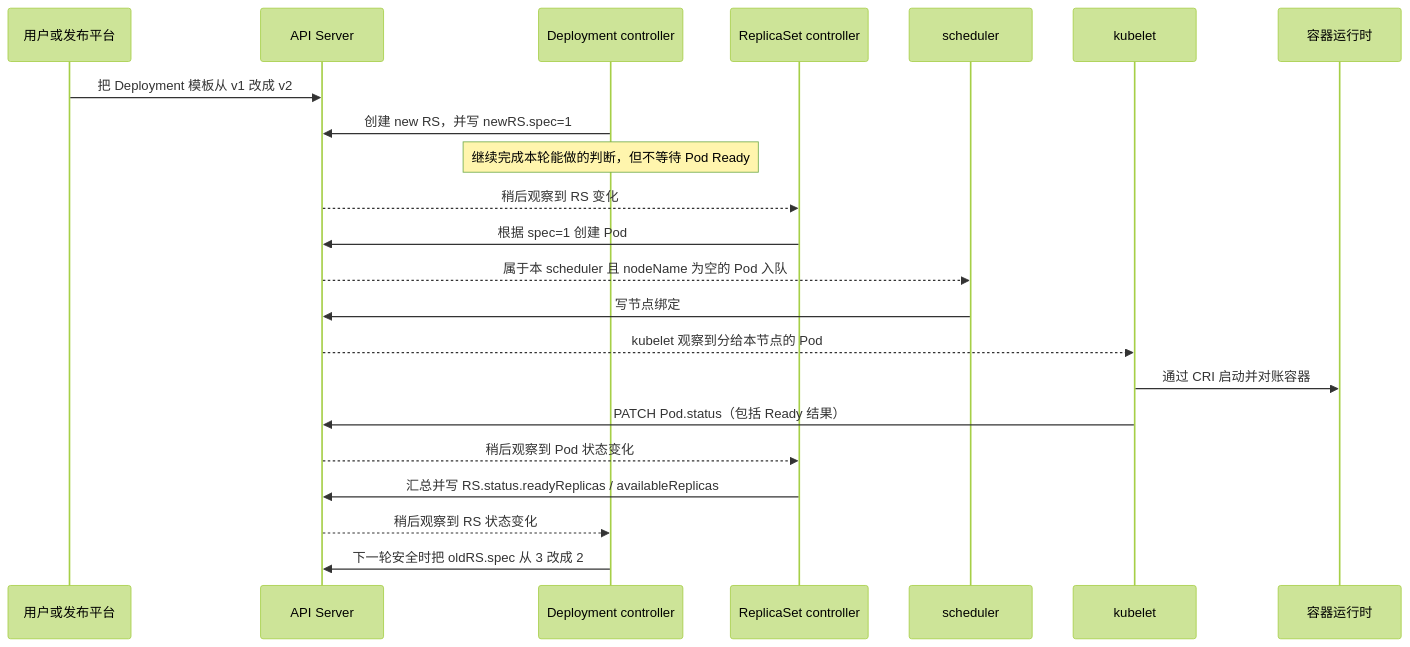
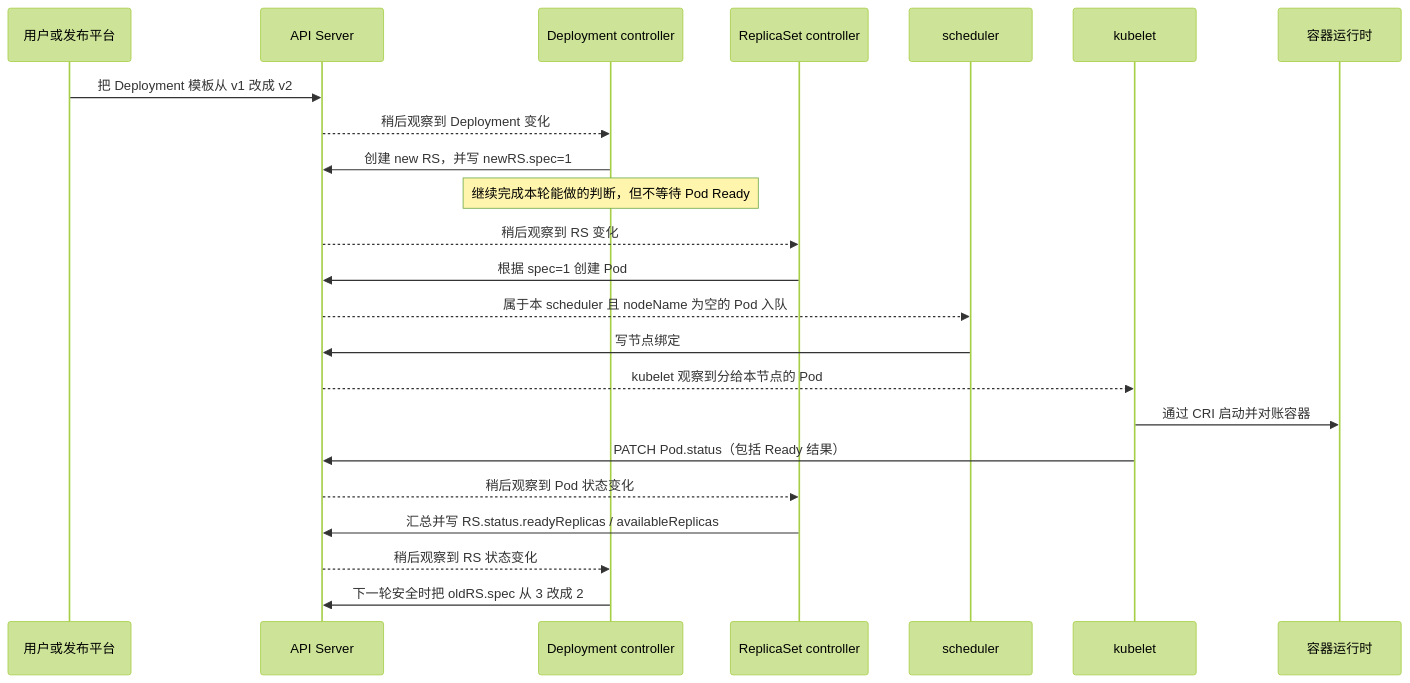
The third of 7 diagrams in 07_正式学习讲义/07_源码热身_Deployment_rollout卡住如何沿控制器找原因.md (zz-datou/k8s_plat_gpu), drawn with Mermaid (forest theme) before and after one commit. The commit also changed other lines of this file, not shown here.

````diff
--- a/07_正式学习讲义/07_源码热身_Deployment_rollout卡住如何沿控制器找原因.md
+++ b/07_正式学习讲义/07_源码热身_Deployment_rollout卡住如何沿控制器找原因.md
@@ -449,25 +487,26 @@
 ```mermaid
 sequenceDiagram
     participant U as 用户或发布平台
     participant A as API Server
     participant D as Deployment controller
     participant R as ReplicaSet controller
     participant S as scheduler
     participant K as kubelet
     participant C as 容器运行时
 
     U->>A: 把 Deployment 模板从 v1 改成 v2
+    A-->>D: 稍后观察到 Deployment 变化
     D->>A: 创建 new RS，并写 newRS.spec=1
     Note over D: 继续完成本轮能做的判断，但不等待 Pod Ready
     A-->>R: 稍后观察到 RS 变化
     R->>A: 根据 spec=1 创建 Pod
     A-->>S: 属于本 scheduler 且 nodeName 为空的 Pod 入队
     S->>A: 写节点绑定
     A-->>K: kubelet 观察到分给本节点的 Pod
     K->>C: 通过 CRI 启动并对账容器
     K->>A: PATCH Pod.status（包括 Ready 结果）
     A-->>R: 稍后观察到 Pod 状态变化
     R->>A: 汇总并写 RS.status.readyReplicas / availableReplicas
     A-->>D: 稍后观察到 RS 状态变化
     D->>A: 下一轮安全时把 oldRS.spec 从 3 改成 2
 ```
````
